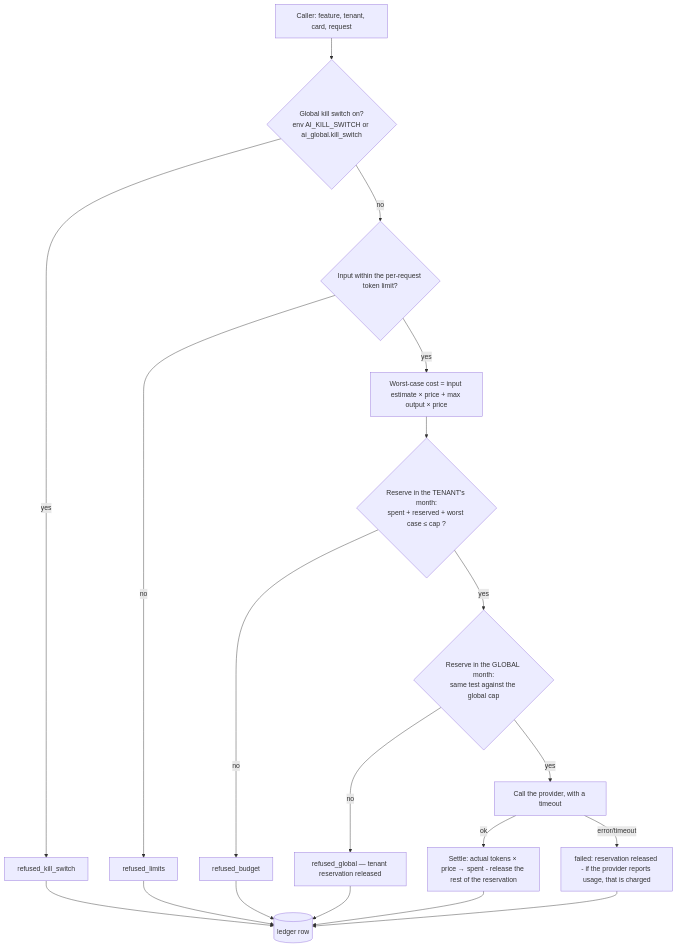
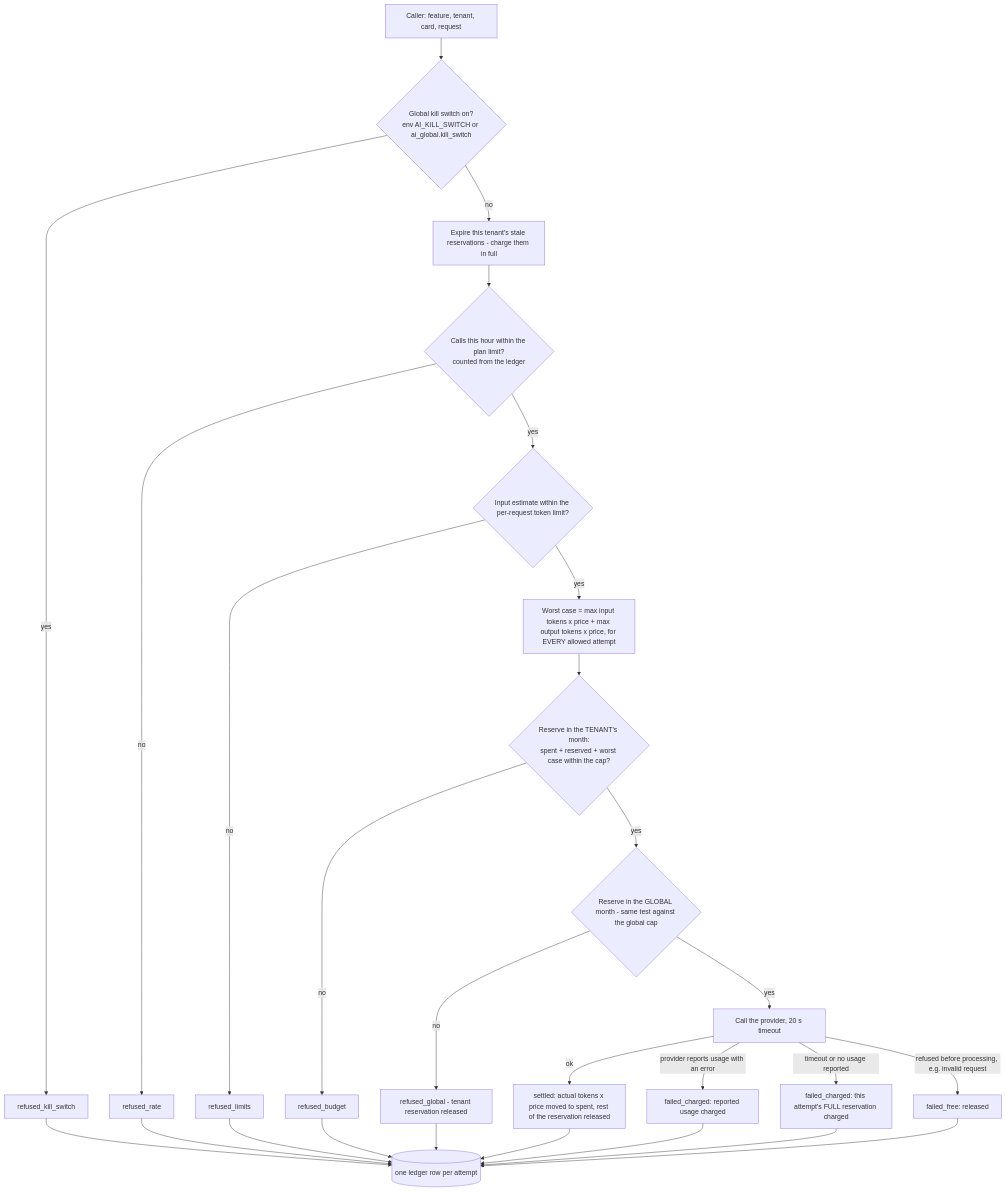
The diagram in docs/phase2/04-ai-gateway.md (Rmasood1122/LegacyAI), drawn with Mermaid before and after one commit. The commit also changed other lines of this file and 11 other files, not shown here.

````diff
--- a/docs/phase2/04-ai-gateway.md
+++ b/docs/phase2/04-ai-gateway.md
@@ -93,17 +96,22 @@
 ```mermaid
 flowchart TD
     C[Caller: feature, tenant, card, request] --> K{Global kill switch on?<br/>env AI_KILL_SWITCH or ai_global.kill_switch}
     K -- yes --> R1[refused_kill_switch]
-    K -- no --> L{Input within the per-request token limit?}
+    K -- no --> X[Expire this tenant's stale reservations - charge them in full]
+    X --> RT{Calls this hour within the plan limit?<br/>counted from the ledger}
+    RT -- no --> R5[refused_rate]
+    RT -- yes --> L{Input estimate within the per-request token limit?}
     L -- no --> R2[refused_limits]
-    L -- yes --> E[Worst-case cost = input estimate × price + max output × price]
-    E --> T{Reserve in the TENANT's month:<br/>spent + reserved + worst case ≤ cap ?}
+    L -- yes --> E[Worst case = max input tokens x price + max output tokens x price, for EVERY allowed attempt]
+    E --> T{Reserve in the TENANT's month:<br/>spent + reserved + worst case within the cap?}
     T -- no --> R3[refused_budget]
-    T -- yes --> G{Reserve in the GLOBAL month:<br/>same test against the global cap}
-    G -- no --> R4[refused_global — tenant reservation released]
-    G -- yes --> CALL[Call the provider, with a timeout]
-    CALL -- ok --> S[Settle: actual tokens × price → spent - release the rest of the reservation]
-    CALL -- error/timeout --> F[failed: reservation released - if the provider reports usage, that is charged]
-    R1 & R2 & R3 & R4 --> LED[(ledger row)]
-    S & F --> LED
+    T -- yes --> G{Reserve in the GLOBAL month - same test against the global cap}
+    G -- no --> R4[refused_global - tenant reservation released]
+    G -- yes --> CALL[Call the provider, 20 s timeout]
+    CALL -- ok --> S[settled: actual tokens x price moved to spent, rest of the reservation released]
+    CALL -- provider reports usage with an error --> F1[failed_charged: reported usage charged]
+    CALL -- timeout or no usage reported --> F2[failed_charged: this attempt's FULL reservation charged]
+    CALL -- refused before processing, e.g. invalid request --> F3[failed_free: released]
+    R1 & R2 & R3 & R4 & R5 --> LED[(one ledger row per attempt)]
+    S & F1 & F2 & F3 --> LED
 ```
````
